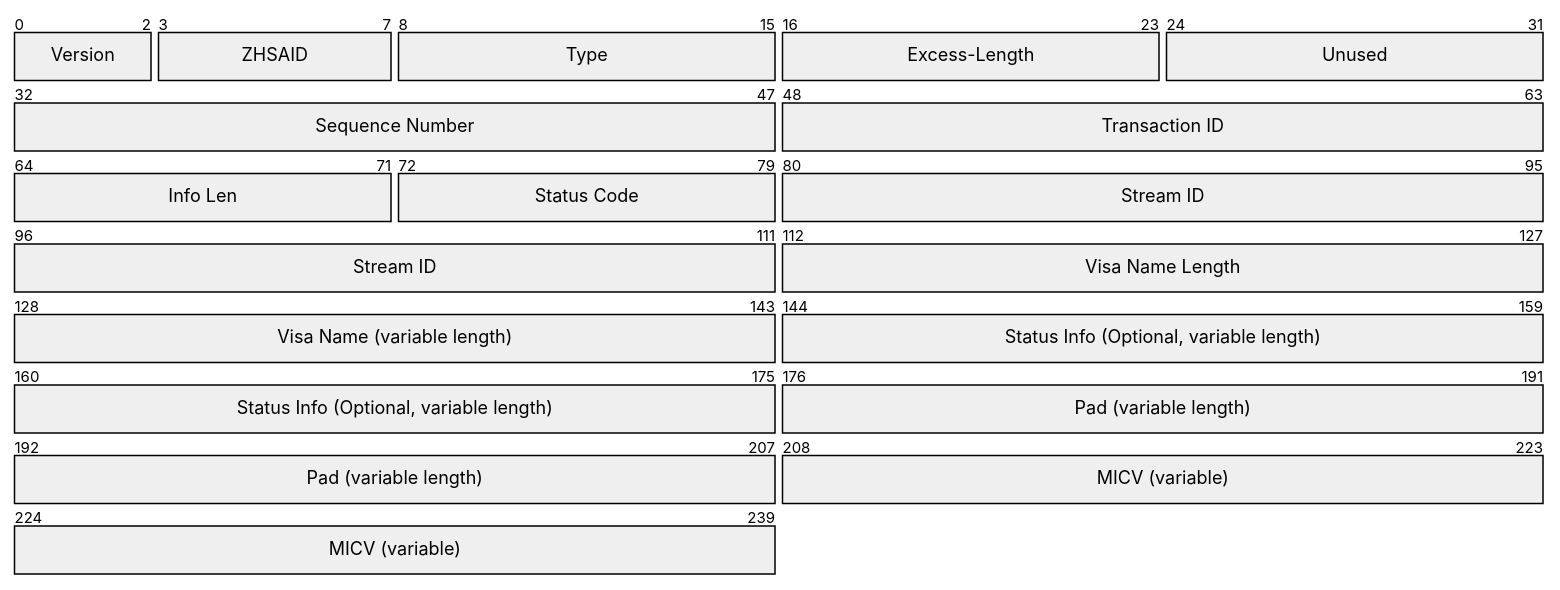
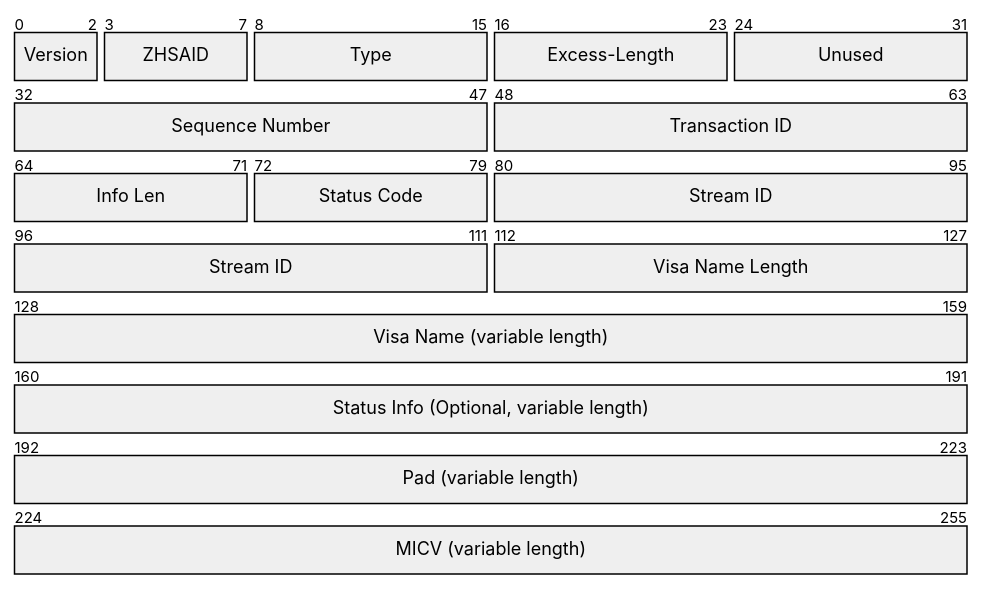
Diagram 18 of 44 in src/17-ZPR-Data-Protocol/body.md (org-zpr/zpr-rfcs), drawn with Mermaid before and after one commit. The commit also changed other lines of this file, not shown here.

Commit message:
Make packet diagrams a readable size

````diff
--- a/src/17-ZPR-Data-Protocol/body.md
+++ b/src/17-ZPR-Data-Protocol/body.md
@@ -2925,19 +2983,25 @@
 ``` mermaid
+---
+config:
+  themeCSS: ".packetLabel { font-size: 14px } .packetByte { font-size: 11px }"
+  packet:
+    bitWidth: 20
+---
 %%| fig-cap: Stream ID Response Message Format
 packet
 +3: "Version"
 +5: "ZHSAID"
 +8: "Type"
 +8: "Excess-Length"
 +8: "Unused"
 +16: "Sequence Number"
 +16: "Transaction ID"
 +8: "Info Len"
 +8: "Status Code"
 +32: "Stream ID"
 +16: "Visa Name Length"
-+16: "Visa Name (variable length)"
++32: "Visa Name (variable length)"
 +32: "Status Info (Optional, variable length)"
 +32: "Pad (variable length)"
-+32: "MICV (variable)"
++32: "MICV (variable length)"
 ```
````
